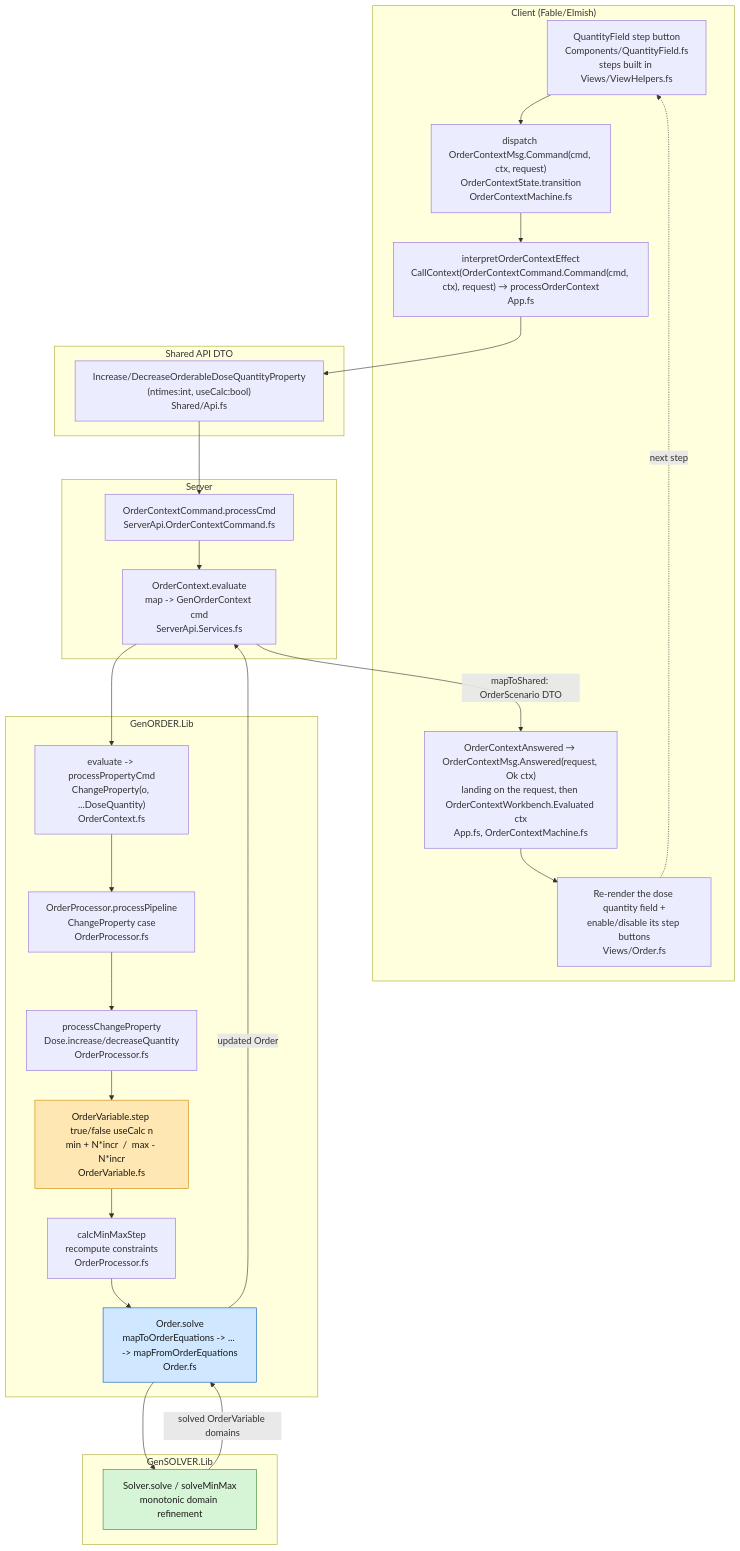
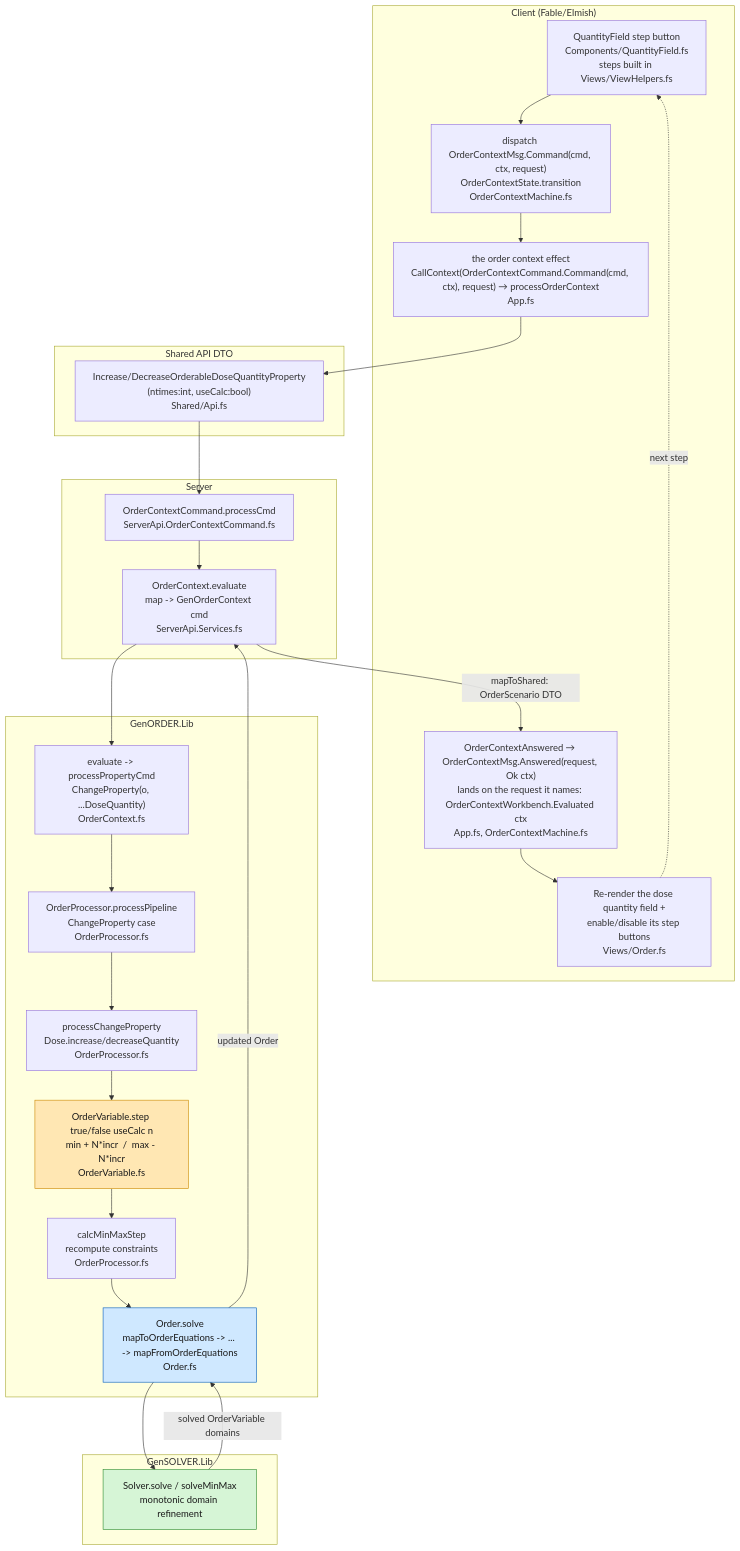
The first of 2 diagrams in docs/domain/dose-quantity-stepping-flow.md (informedica/GenPRES), drawn with Mermaid before and after one commit. The commit also changed other lines of this file and 9 other files, not shown here.

````diff
--- a/docs/domain/dose-quantity-stepping-flow.md
+++ b/docs/domain/dose-quantity-stepping-flow.md
@@ -7,43 +7,43 @@
 ```mermaid
 flowchart TD
     subgraph CLIENT["Client (Fable/Elmish)"]
         UI["QuantityField step button<br/>Components/QuantityField.fs<br/>steps built in Views/ViewHelpers.fs"]
         MSG["dispatch OrderContextMsg.Command(cmd, ctx, request)<br/>OrderContextState.transition<br/>OrderContextMachine.fs"]
-        CALL["interpretOrderContextEffect<br/>CallContext(OrderContextCommand.Command(cmd, ctx), request) → processOrderContext<br/>App.fs"]
-        RESP["OrderContextAnswered → OrderContextMsg.Answered(request, Ok ctx)<br/>landing on the request, then OrderContextWorkbench.Evaluated ctx<br/>App.fs, OrderContextMachine.fs"]
+        CALL["the order context effect<br/>CallContext(OrderContextCommand.Command(cmd, ctx), request) → processOrderContext<br/>App.fs"]
+        RESP["OrderContextAnswered → OrderContextMsg.Answered(request, Ok ctx)<br/>lands on the request it names: OrderContextWorkbench.Evaluated ctx<br/>App.fs, OrderContextMachine.fs"]
         RENDER["Re-render the dose quantity field +<br/>enable/disable its step buttons<br/>Views/Order.fs"]
     end
 
     subgraph SHARED["Shared API DTO"]
         CMD["Increase/DecreaseOrderableDoseQuantityProperty<br/>(ntimes:int, useCalc:bool)<br/>Shared/Api.fs"]
     end
 
     subgraph SERVER["Server"]
         SCMD["OrderContextCommand.processCmd<br/>ServerApi.OrderContextCommand.fs"]
         SEVAL["OrderContext.evaluate<br/>map -> GenOrderContext cmd<br/>ServerApi.Services.fs"]
     end
 
     subgraph GENORDER["GenORDER.Lib"]
         GEVAL["evaluate -> processPropertyCmd<br/>ChangeProperty(o, ...DoseQuantity)<br/>OrderContext.fs"]
         PIPE["OrderProcessor.processPipeline<br/>ChangeProperty case<br/>OrderProcessor.fs"]
         PCHANGE["processChangeProperty<br/>Dose.increase/decreaseQuantity<br/>OrderProcessor.fs"]
         STEP["OrderVariable.step true/false useCalc n<br/>min + N*incr  /  max - N*incr<br/>OrderVariable.fs"]
         CALCMM["calcMinMaxStep<br/>recompute constraints<br/>OrderProcessor.fs"]
         SOLVE["Order.solve<br/>mapToOrderEquations -> ... -> mapFromOrderEquations<br/>Order.fs"]
     end
 
     subgraph SOLVER["GenSOLVER.Lib"]
         GS["Solver.solve / solveMinMax<br/>monotonic domain refinement"]
     end
 
     UI --> MSG --> CALL --> CMD --> SCMD --> SEVAL --> GEVAL --> PIPE --> PCHANGE --> STEP --> CALCMM --> SOLVE --> GS
     GS -->|solved OrderVariable domains| SOLVE
     SOLVE -->|updated Order| SEVAL
     SEVAL -->|mapToShared: OrderScenario DTO| RESP
     RESP --> RENDER
     RENDER -.->|next step| UI
 
     style STEP fill:#ffe7b3,stroke:#cc8800,color:#1a1a1a
     style SOLVE fill:#cfe8ff,stroke:#005bbb,color:#1a1a1a
     style GS fill:#d6f5d6,stroke:#2e8b2e,color:#1a1a1a
 ```
````
